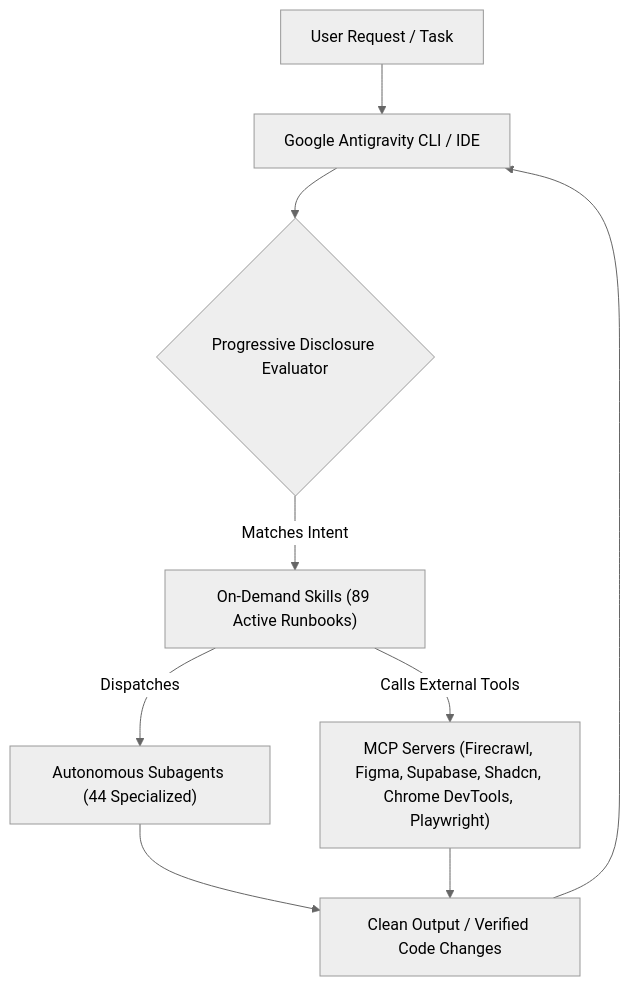
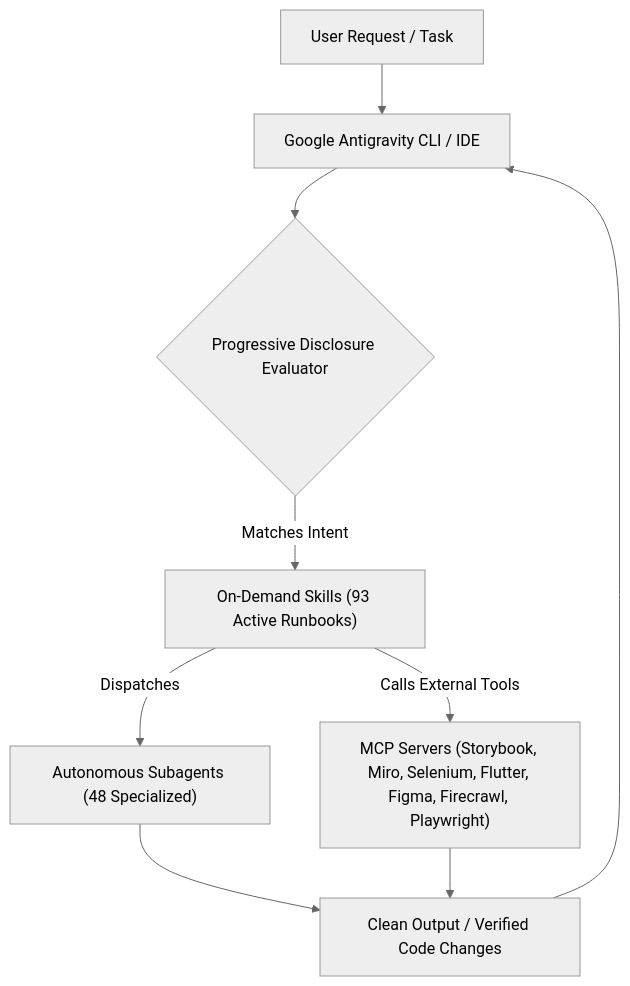
The diagram in README.md (Ganeshbeldar015/Antigravity-Skills), drawn with Mermaid (neutral theme) before and after one commit. The commit also changed other lines of this file and 31 other files, not shown here.

Commit message:
feat: add UI/UX engineering MCP plugins (storybook, miro, selenium, flutter)

````diff
--- a/README.md
+++ b/README.md
@@ -241,19 +249,19 @@
 ```mermaid
 flowchart TD
     U["User Request / Task"]
     CLI["Google Antigravity CLI / IDE"]
     PD{"Progressive Disclosure Evaluator"}
-    SK["On-Demand Skills (89 Active Runbooks)"]
-    AG["Autonomous Subagents (44 Specialized)"]
-    MCP["MCP Servers (Firecrawl, Figma, Supabase, Shadcn, Chrome DevTools, Playwright)"]
+    SK["On-Demand Skills (93 Active Runbooks)"]
+    AG["Autonomous Subagents (48 Specialized)"]
+    MCP["MCP Servers (Storybook, Miro, Selenium, Flutter, Figma, Firecrawl, Playwright)"]
     RES["Clean Output / Verified Code Changes"]
 
     U --> CLI
     CLI --> PD
     PD -->|Matches Intent| SK
     SK -->|Dispatches| AG
     SK -->|Calls External Tools| MCP
     AG --> RES
     MCP --> RES
     RES --> CLI
 ```
````
